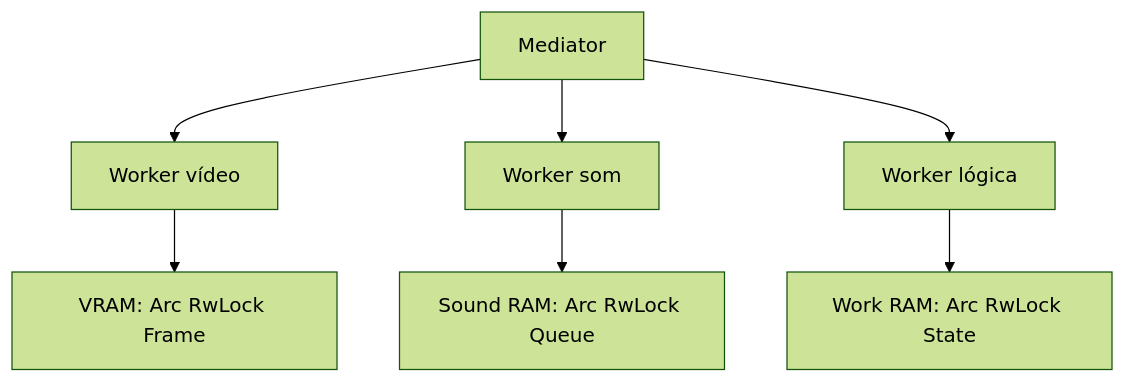
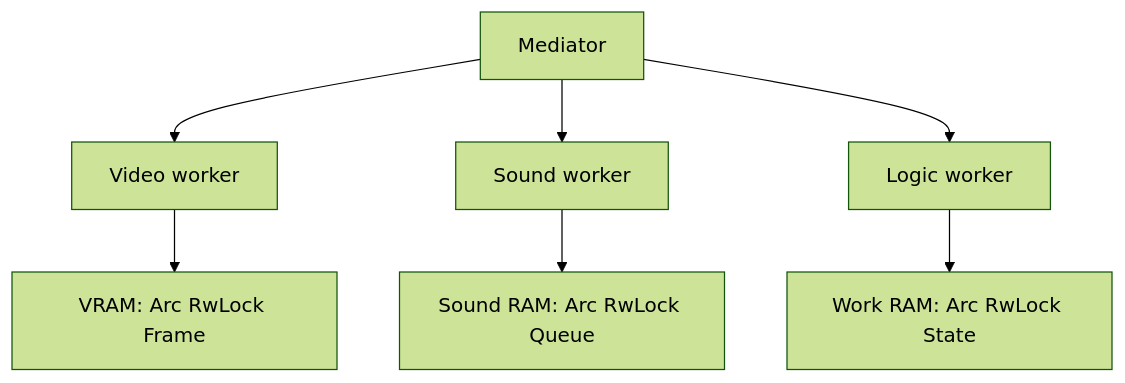
Before and after one commit to jhonatanTeixeira/mimas-saturn-emulator: diagram 15 of 16 in docs/first_architectural_draft.md, drawn with Mermaid (forest theme). The commit also changed other lines of this file and 2 other files, not shown here.

First line of the commit message:
Translate architecture planning docs to English

````diff
--- a/docs/first_architectural_draft.md
+++ b/docs/first_architectural_draft.md
@@ -234,9 +234,9 @@
 ```mermaid
 graph TD
-    Mediator --> WV["Worker vídeo"]
-    Mediator --> WS["Worker som"]
-    Mediator --> WL["Worker lógica"]
+    Mediator --> WV["Video worker"]
+    Mediator --> WS["Sound worker"]
+    Mediator --> WL["Logic worker"]
     WV --> VRAM["VRAM: Arc RwLock Frame"]
     WS --> SRAM["Sound RAM: Arc RwLock Queue"]
     WL --> WRAM["Work RAM: Arc RwLock State"]
 ```
````
